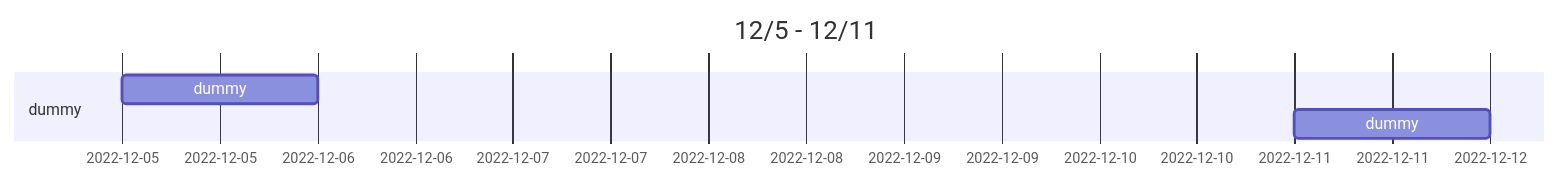
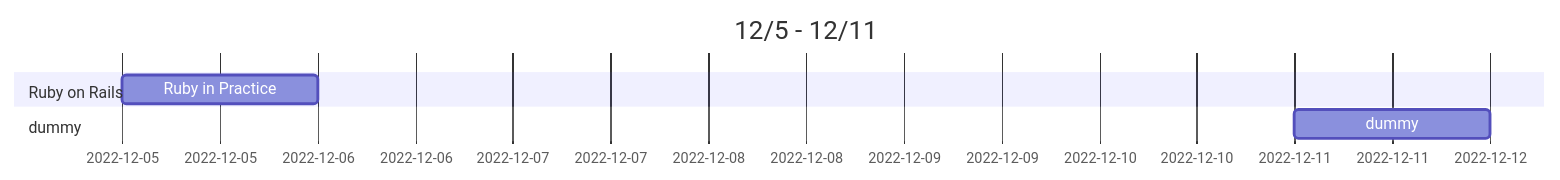
One commit to ykominami/gantt2 changed the sixth of 6 diagrams in test_data/GANTT.md. Above: the diagram before and after it, drawn with Mermaid. The commit also changed other lines of this file and 8 other files, not shown here.

````diff
--- a/test_data/GANTT.md
+++ b/test_data/GANTT.md
@@ -68,7 +67,8 @@
 ```mermaid
 gantt
     title 12/5 - 12/11
+    section Ruby on Rails
+    Ruby in Practice: , 2022-12-05, 1d
     section dummy
-    dummy: , 2022-12-05, 1d
     dummy: , 2022-12-11, 1d
 ```
````
